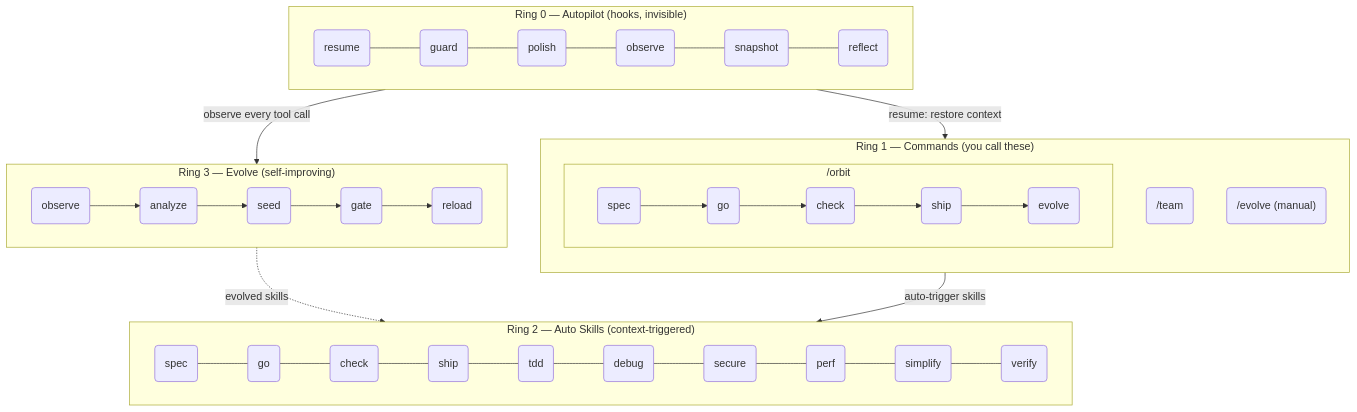
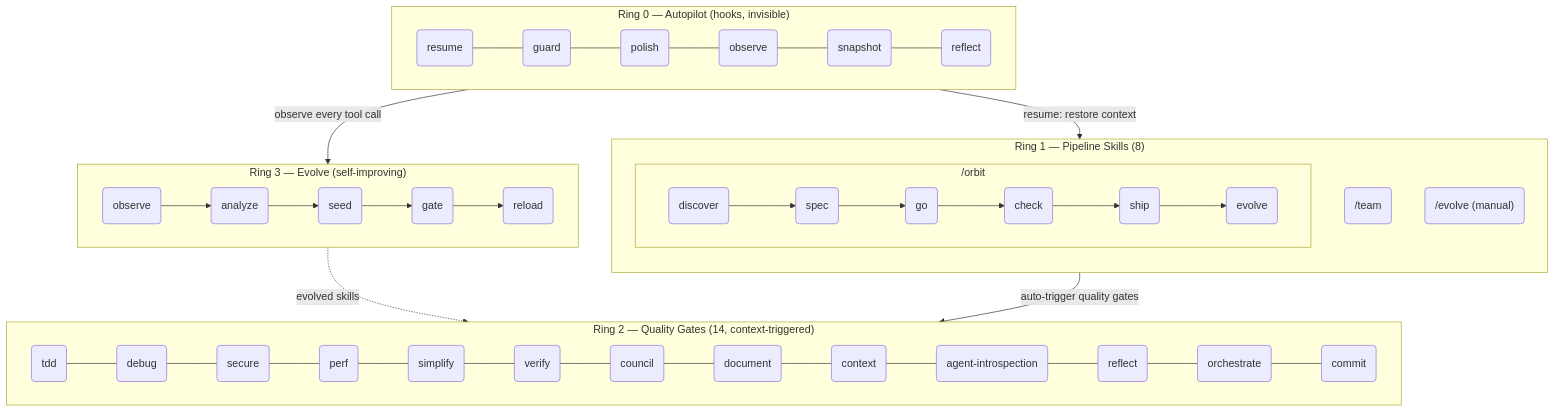
One commit to epicsagas/epic-harness changed the second of 2 diagrams in i18n/hi/README.md. Above: the diagram before and after it, drawn with Mermaid. The commit also changed other lines of this file and 24 other files, not shown here.

First line of the commit message:
refactor: unify commands into skills (v0.4.4)

````diff
--- a/i18n/hi/README.md
+++ b/i18n/hi/README.md
@@ -422,32 +420,32 @@
 ```mermaid
 flowchart TB
     subgraph R0["Ring 0 — Autopilot (hooks, invisible)"]
         direction LR
         h1(resume) --- h2(guard) --- h3(polish) --- h4(observe) --- h5(snapshot) --- h6(reflect)
     end
 
-    subgraph R1["Ring 1 — Commands (you call these)"]
+    subgraph R1["Ring 1 — Pipeline Skills (8)"]
         direction TB
         subgraph orbit_wrap["  /orbit  "]
             direction LR
-            c1("spec") --> c2("go") --> c3("check") --> c4("ship") --> c5("evolve")
+            c1("discover") --> c2("spec") --> c3("go") --> c4("check") --> c5("ship") --> c6("evolve")
         end
-        c6("/team")
-        c7("/evolve (manual)")
+        c7("/team")
+        c8("/evolve (manual)")
     end
 
-    subgraph R2["Ring 2 — Auto Skills (context-triggered)"]
+    subgraph R2["Ring 2 — Quality Gates (14, context-triggered)"]
         direction LR
-        s1(spec) --- s2(go) --- s3(check) --- s4(ship) --- s5(tdd) --- s6(debug) --- s7(secure) --- s8(perf) --- s9(simplify) --- s10(verify)
+        s1(tdd) --- s2(debug) --- s3(secure) --- s4(perf) --- s5(simplify) --- s6(verify) --- s7(council) --- s8(document) --- s9(context) --- s10(agent-introspection) --- s11(reflect) --- s12(orchestrate) --- s13(commit)
     end
 
     subgraph R3["Ring 3 — Evolve (self-improving)"]
         direction LR
         e1(observe) --> e2(analyze) --> e3(seed) --> e4(gate) --> e5(reload)
     end
 
     R0 -->|"observe every tool call"| R3
     R3 -.->|"evolved skills"| R2
-    R1 -->|"auto-trigger skills"| R2
+    R1 -->|"auto-trigger quality gates"| R2
     R0 -->|"resume: restore context"| R1
 ```
````
